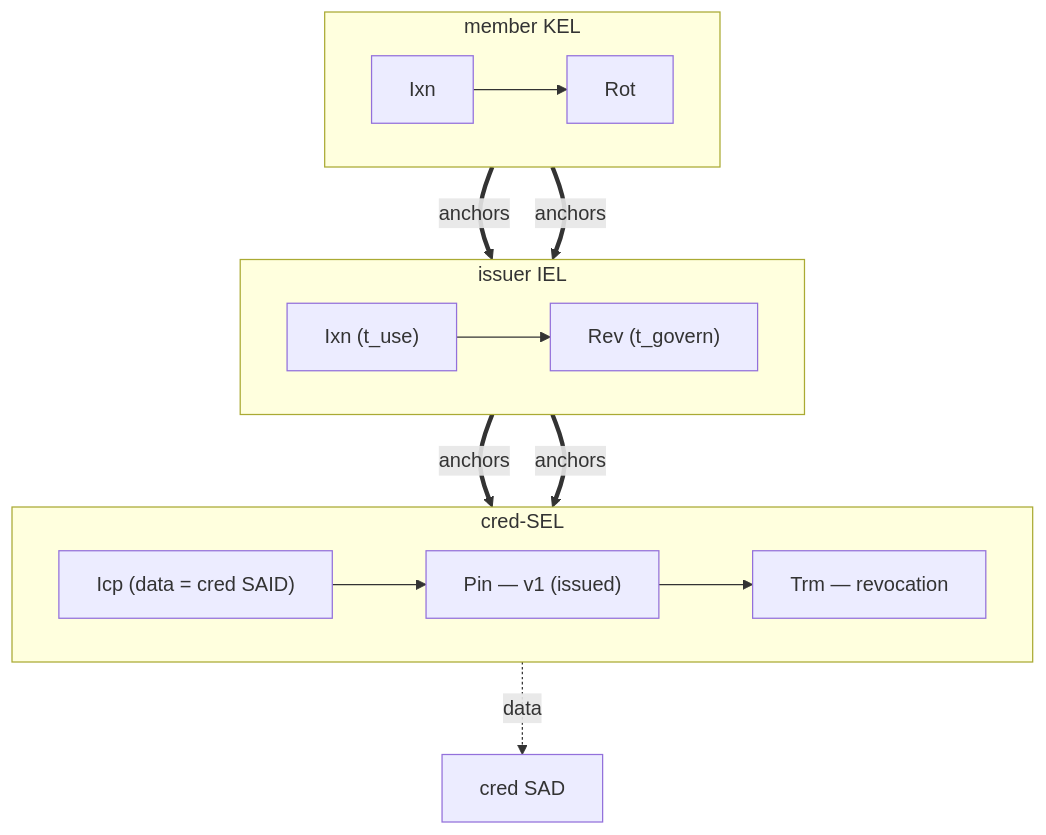
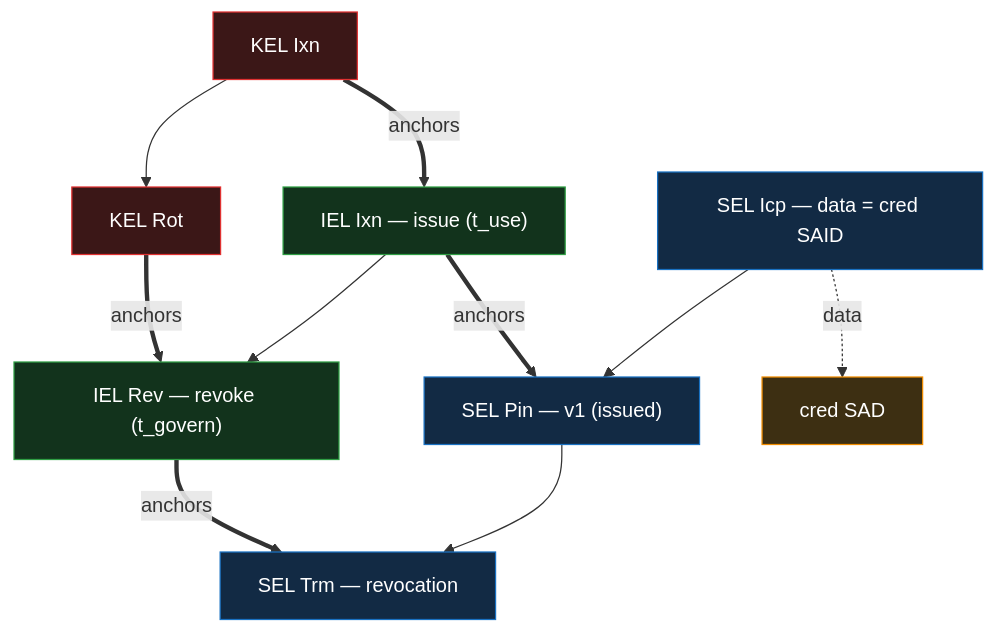
One commit to jasoncolburne/vdti changed the fourth of 4 diagrams in docs/design/primitives/data/event-logs/event-shape.md. Above: the diagram before and after it, drawn with Mermaid. The commit also changed other lines of this file and 13 other files, not shown here.

Commit message:
VDTI-10: Fix table, diagrams, other defects

````diff
--- a/docs/design/primitives/data/event-logs/event-shape.md
+++ b/docs/design/primitives/data/event-logs/event-shape.md
@@ -501,21 +533,16 @@
 ```mermaid
 flowchart TB
-  Cred["cred SAD"]
-  subgraph SEL["cred-SEL"]
-    direction LR
-    sIcp["Icp (data = cred SAID)"] --> sPin["Pin — v1 (issued)"] --> sTrm["Trm — revocation"]
-  end
-  subgraph IEL["issuer IEL"]
-    direction LR
-    iIxn["Ixn (t_use)"] --> iRev["Rev (t_govern)"]
-  end
-  subgraph KEL["member KEL"]
-    direction LR
-    kIxn["Ixn"] --> kRot["Rot"]
-  end
-  sIcp -.->|data| Cred
+  kIxn["KEL Ixn"]:::kel --> kRot["KEL Rot"]:::kel
+  iIxn["IEL Ixn — issue (t_use)"]:::iel --> iRev["IEL Rev — revoke (t_govern)"]:::iel
+  sIcp["SEL Icp — data = cred SAID"]:::sel --> sPin["SEL Pin — v1 (issued)"]:::sel --> sTrm["SEL Trm — revocation"]:::sel
+  Cred["cred SAD"]:::doc
+  kIxn ==>|anchors| iIxn
+  kRot ==>|anchors| iRev
   iIxn ==>|anchors| sPin
   iRev ==>|anchors| sTrm
-  kIxn ==>|anchors| iIxn
-  kRot ==>|anchors| iRev
+  sIcp -.->|data| Cred
+  classDef kel fill:#3b1717,stroke:#e03131,color:#fff
+  classDef iel fill:#12331c,stroke:#2f9e44,color:#fff
+  classDef sel fill:#122a44,stroke:#1971c2,color:#fff
+  classDef doc fill:#3d2f12,stroke:#f08c00,color:#fff
 ```
````
